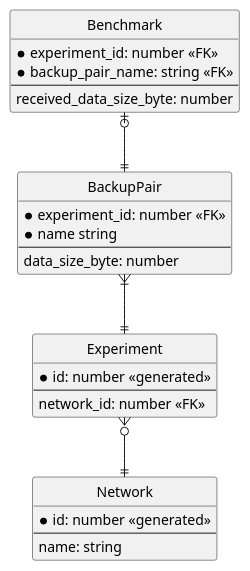
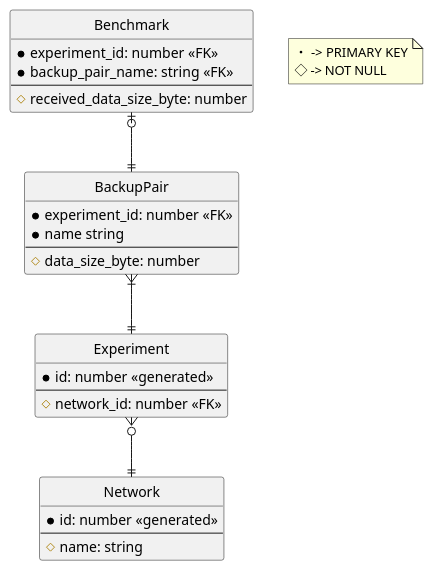
One commit to TOMOFUMI-KONDO/disaster-resistant-network changed the diagram in db/ER-diagram.puml. Above: the diagram before and after it, drawn with PlantUML. The commit also changed 1 other file, not shown here.

Commit message:
feat: add not null restriction

```diff
--- a/db/ER-diagram.puml
+++ b/db/ER-diagram.puml
@@ -1,36 +1,41 @@
 @startuml
 
 hide circle
 skinparam linetype ortho
 
 entity Benchmark {
   *experiment_id: number <<FK>>
   *backup_pair_name: string <<FK>>
   --
-  received_data_size_byte: number
+  #received_data_size_byte: number
 }
 
 entity BackupPair {
   *experiment_id: number <<FK>>
   *name string
   --
-  data_size_byte: number
+  #data_size_byte: number
 }
 
 entity Experiment {
   *id: number <<generated>>
   --
-  network_id: number <<FK>>
+  #network_id: number <<FK>>
 }
 
 entity Network {
   *id: number <<generated>>
   --
-  name: string
+  #name: string
 }
 
 Benchmark |o--|| BackupPair
 BackupPair }|--|| Experiment
 Experiment }o--|| Network
 
+note as n1
+・ -> PRIMARY KEY
+◇ -> NOT NULL
+end note
+
 @enduml
```
